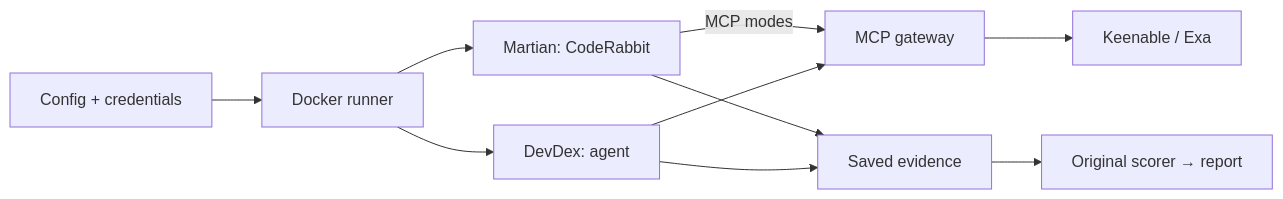
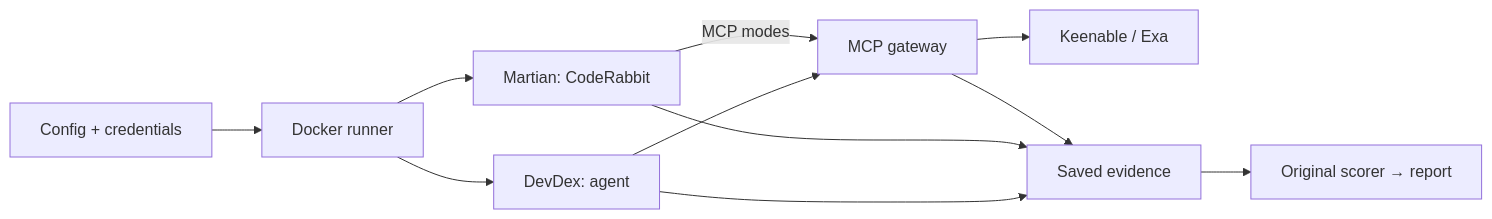
One commit to Alpus/keenable-search-eval changed the diagram in README.md. Above: the diagram before and after it, drawn with Mermaid. The commit also changed other lines of this file and 17 other files, not shown here.

````diff
--- a/README.md
+++ b/README.md
@@ -77,12 +77,13 @@
 ```mermaid
 flowchart LR
     A[Config + credentials] --> B[Docker runner]
     B --> C[Martian: CodeRabbit]
     B --> D[DevDex: agent]
     C -->|MCP modes| E[MCP gateway]
     D --> E
     E --> F[Keenable / Exa]
-    C --> G[Saved evidence]
+    E --> G[Saved evidence]
+    C --> G
     D --> G
     G --> H[Original scorer → report]
 ```
````
